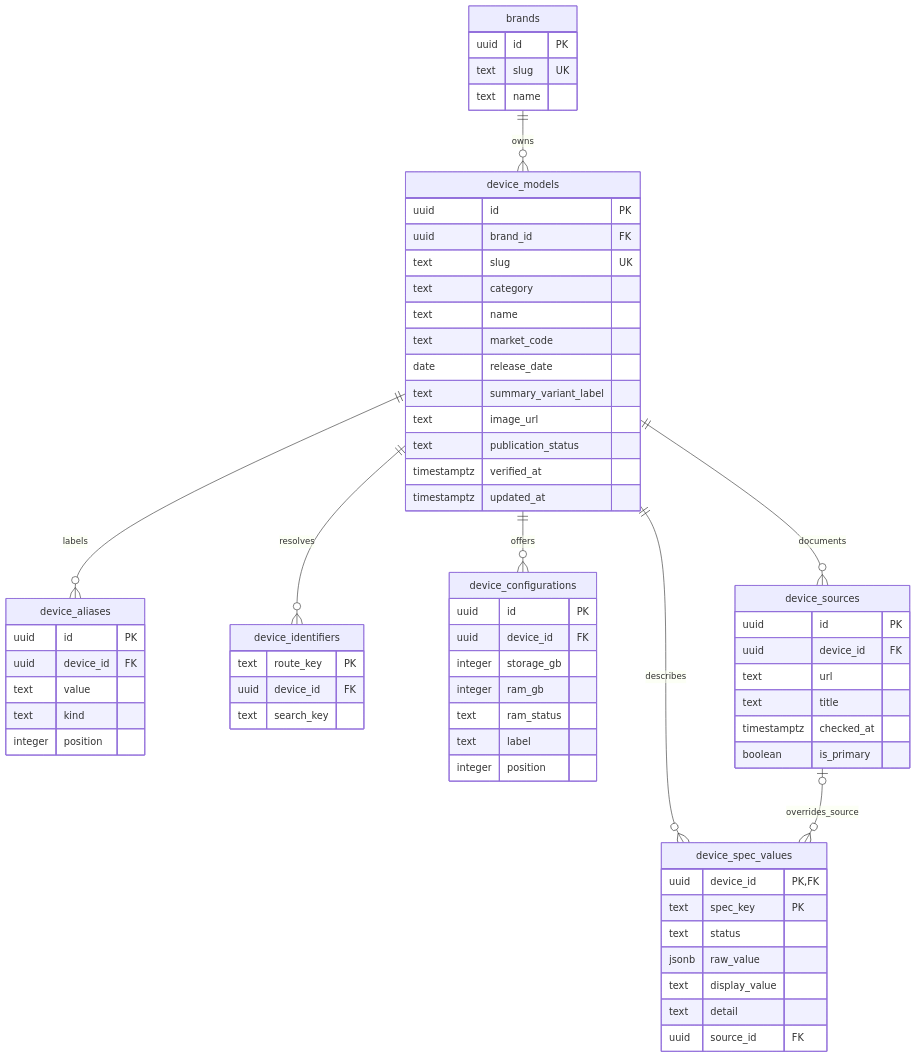
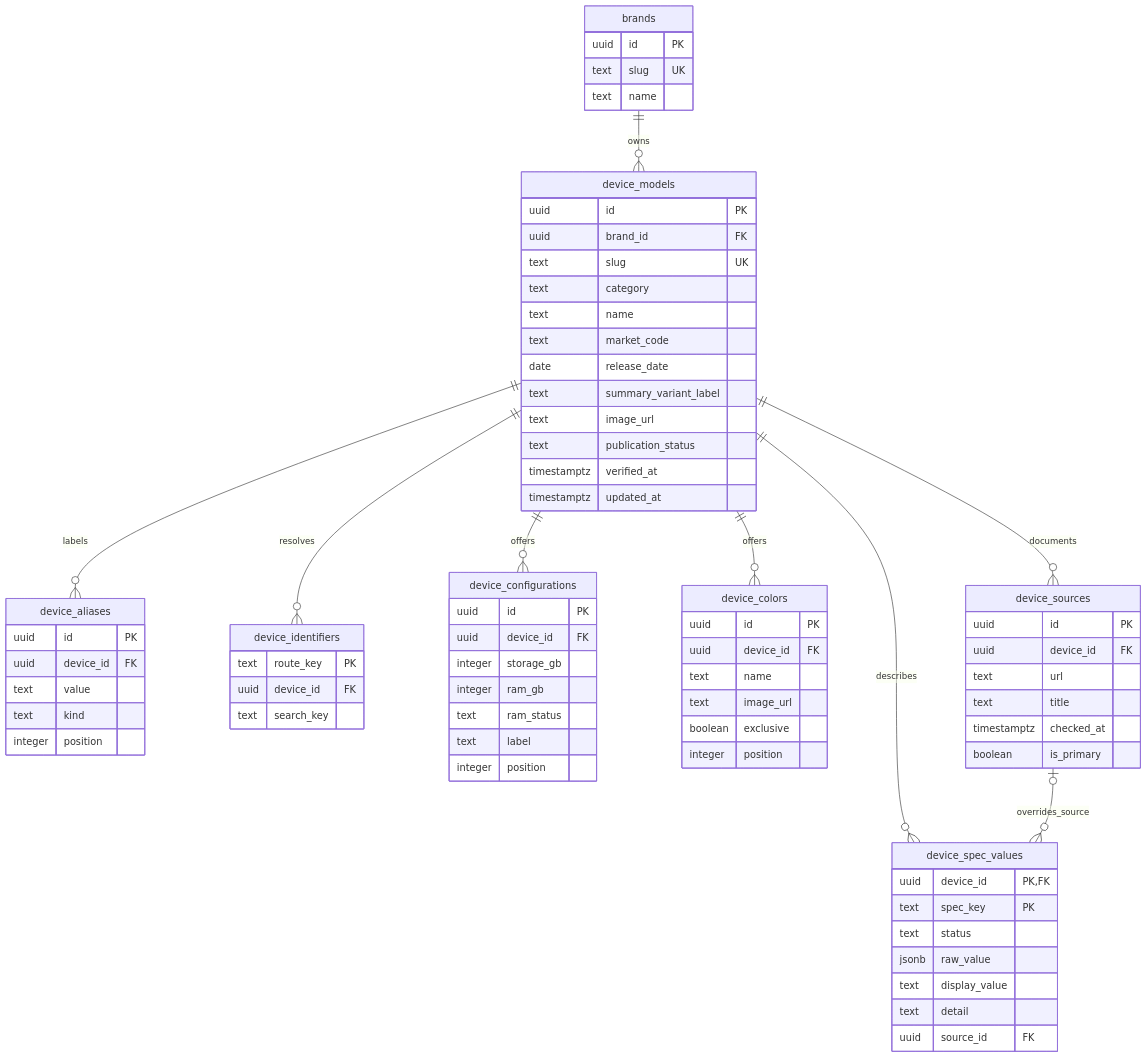
The diagram in docs/catalog-design.md (Nshellb/device-lover-api), drawn with Mermaid before and after one commit. The commit also changed other lines of this file and 10 other files, not shown here.

First line of the commit message:
feat: 색상별 이미지와 색상 코드를 위한 device_colors 테이블 추가

````diff
--- a/docs/catalog-design.md
+++ b/docs/catalog-design.md
@@ -40,67 +40,76 @@
 ```mermaid
 erDiagram
     brands ||--o{ device_models : owns
     device_models ||--o{ device_aliases : labels
     device_models ||--o{ device_identifiers : resolves
     device_models ||--o{ device_configurations : offers
+    device_models ||--o{ device_colors : offers
     device_models ||--o{ device_sources : documents
     device_models ||--o{ device_spec_values : describes
     device_sources o|--o{ device_spec_values : overrides_source
     brands {
         uuid id PK
         text slug UK
         text name
     }
     device_models {
         uuid id PK
         uuid brand_id FK
         text slug UK
         text category
         text name
         text market_code
         date release_date
         text summary_variant_label
         text image_url
         text publication_status
         timestamptz verified_at
         timestamptz updated_at
     }
     device_aliases {
         uuid id PK
         uuid device_id FK
         text value
         text kind
         integer position
     }
     device_identifiers {
         text route_key PK
         uuid device_id FK
         text search_key
     }
     device_configurations {
         uuid id PK
         uuid device_id FK
         integer storage_gb
         integer ram_gb
         text ram_status
         text label
         integer position
     }
+    device_colors {
+        uuid id PK
+        uuid device_id FK
+        text name
+        text image_url
+        boolean exclusive
+        integer position
+    }
     device_sources {
         uuid id PK
         uuid device_id FK
         text url
         text title
         timestamptz checked_at
         boolean is_primary
     }
     device_spec_values {
         uuid device_id PK,FK
         text spec_key PK
         text status
         jsonb raw_value
         text display_value
         text detail
         uuid source_id FK
     }
 ```
````
